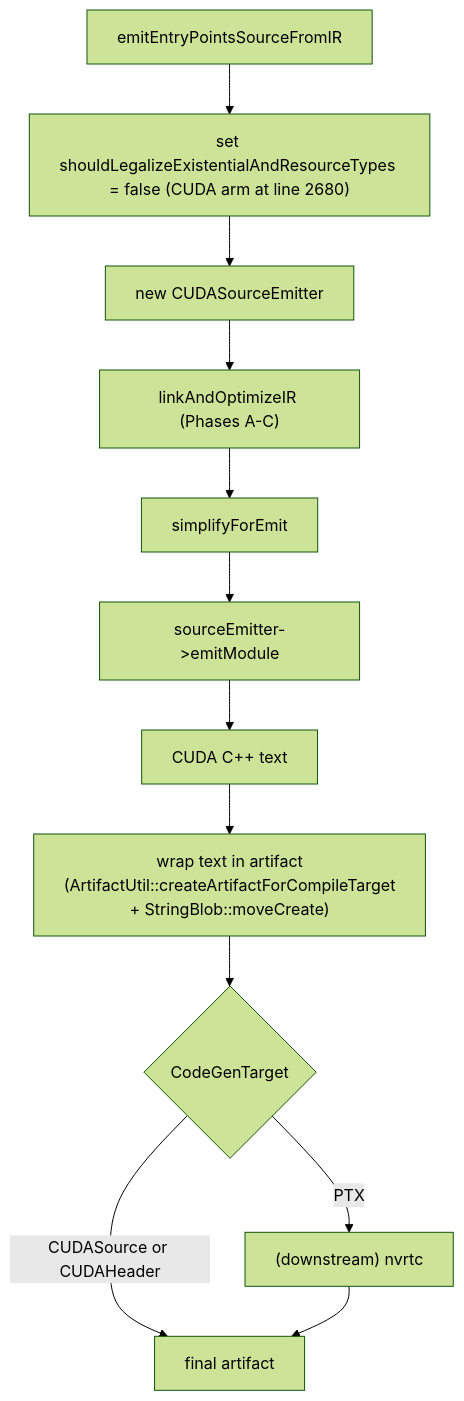
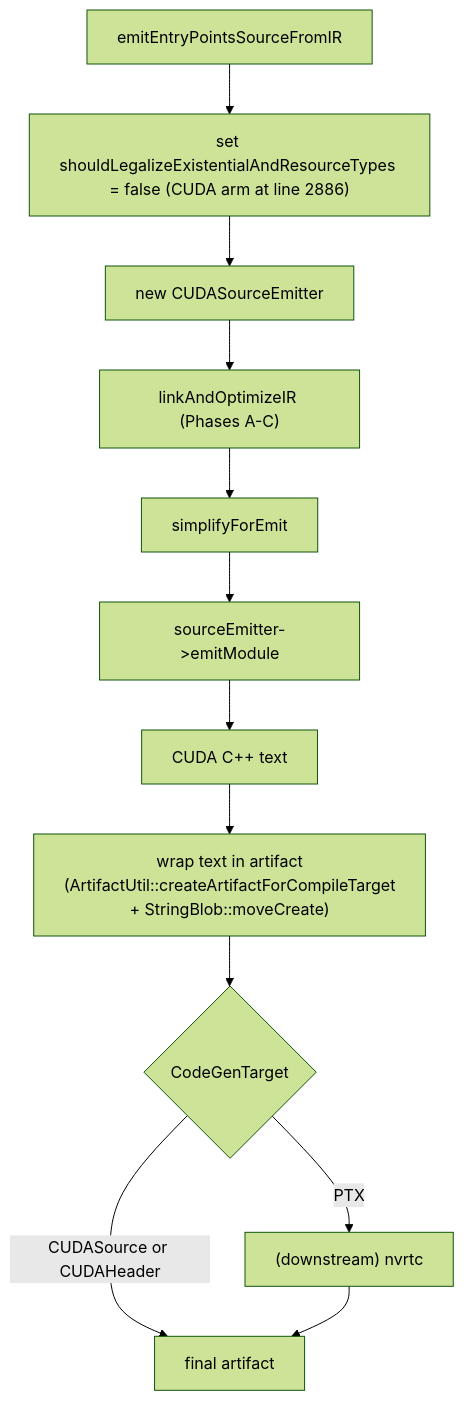
Before and after one commit to shader-slang/slang: the fifth of 5 diagrams in docs/generated/design/target-pipelines/cuda.md, drawn with Mermaid (forest theme). The commit also changed other lines of this file and 176 other files, not shown here.

````diff
--- a/docs/generated/design/target-pipelines/cuda.md
+++ b/docs/generated/design/target-pipelines/cuda.md
@@ -552,18 +635,18 @@
 ```mermaid
 flowchart TD
   ent[emitEntryPointsSourceFromIR]
-  setFlag["set shouldLegalizeExistentialAndResourceTypes = false (CUDA arm at line 2680)"]
+  setFlag["set shouldLegalizeExistentialAndResourceTypes = false (CUDA arm at line 2886)"]
   newEmit[new CUDASourceEmitter]
   linkOpt2["linkAndOptimizeIR (Phases A-C)"]
   simpForEmit[simplifyForEmit]
   emitModule[sourceEmitter->emitModule]
   textOut[CUDA C++ text]
   artifact["wrap text in artifact<br/>(ArtifactUtil::createArtifactForCompileTarget<br/>+ StringBlob::moveCreate)"]
   selectTarget{CodeGenTarget}
   nvrtc["(downstream) nvrtc"]
   done[final artifact]
 
   ent --> setFlag --> newEmit --> linkOpt2 --> simpForEmit --> emitModule --> textOut --> artifact --> selectTarget
   selectTarget -->|"CUDASource or CUDAHeader"| done
   selectTarget -->|PTX| nvrtc --> done
 ```
````
